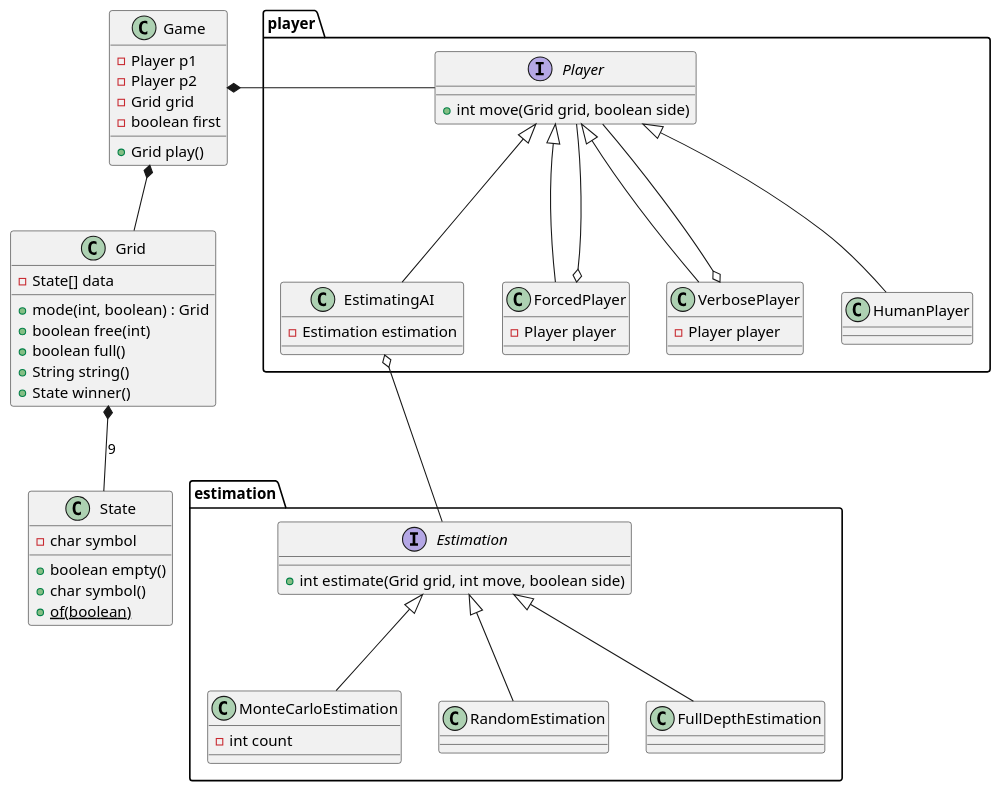
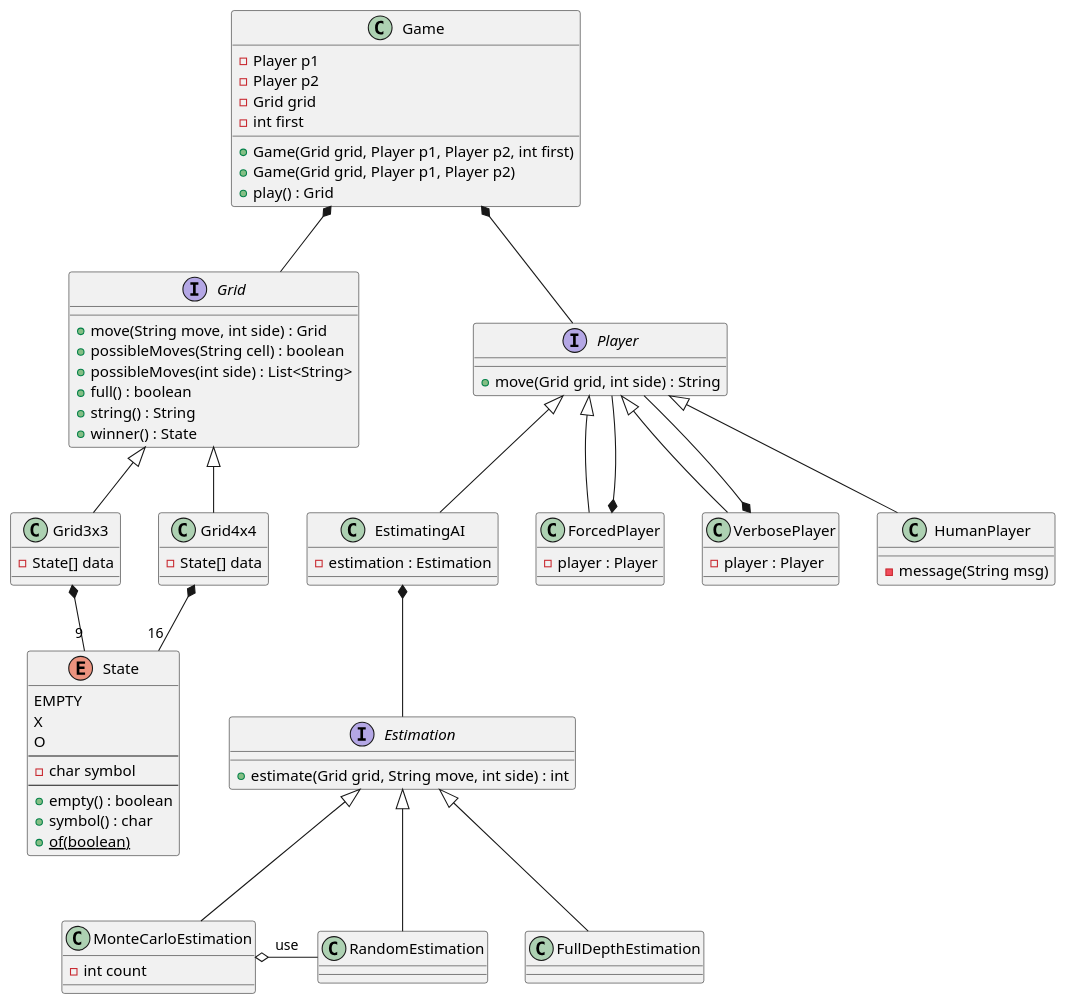
The diagram in classes.plantuml (Zefick/elegant-tictactoe), drawn with PlantUML before and after one commit. The commit also changed 1 other file, not shown here.

Commit message:
class diagram updated.

```diff
--- a/classes.plantuml
+++ b/classes.plantuml
@@ -1,78 +1,99 @@
 @startuml
 
 class Game {
   -Player p1
   -Player p2
   -Grid grid
-  -boolean first
-  +Grid play()
+  -int first
+  +Game(Grid grid, Player p1, Player p2, int first)
+  +Game(Grid grid, Player p1, Player p2)
+  +play() : Grid
 }
 
-class Grid {
-  -State[] data
-  +mode(int, boolean) : Grid
-  +boolean free(int)
-  +boolean full()
-  +String string()
-  +State winner()
+interface Grid {
+  +move(String move, int side) : Grid
+  +possibleMoves(String cell) : boolean
+  +possibleMoves(int side) : List<String>
+  +full() : boolean
+  +string() : String
+  +winner() : State
 }
 
-Grid *-- State : 9
+class Grid3x3 {
+  -State[] data
+}
+
+class Grid4x4 {
+  -State[] data
+}
+
+Grid3x3 *-- "9" State
+Grid4x4 *-- "16" State
 Game *-- Grid
+Grid <|-- Grid3x3
+Grid <|-- Grid4x4
 
-class State {
+
+enum State {
+  EMPTY
+  X
+  O
+  ---
   -char symbol
-  +boolean empty()
-  +char symbol()
+  ---
+  +empty() : boolean
+  +symbol() : char
   +{static} of(boolean)
 }
 
 
-Game *- player.Player
+Game *-- Player
 
-namespace estimation {
-
-    interface Estimation {
-      +int estimate(Grid grid, int move, boolean side)
-    }
-
-    class MonteCarloEstimation {
-      -int count
-    }
-    class RandomEstimation
-    class FullDepthEstimation
-    
-    Estimation <|-- MonteCarloEstimation 
-    Estimation <|-- RandomEstimation
-    Estimation <|-- FullDepthEstimation
+interface Estimation {
+  +estimate(Grid grid, String move, int side) : int
 }
 
-namespace player {
+class MonteCarloEstimation {
+  -int count
+}
+class RandomEstimation
+class FullDepthEstimation
 
-    interface Player {
-      +int move(Grid grid, boolean side)
-    }
+Estimation <|-- MonteCarloEstimation 
+Estimation <|-- RandomEstimation
+Estimation <|-- FullDepthEstimation
 
-    class EstimatingAI {
-      -Estimation estimation
-    }
-    
-    class ForcedPlayer {
-      -Player player
-    }
-    
-    class VerbosePlayer {
-      -Player player
-    }
-    EstimatingAI o-- estimation.Estimation
+MonteCarloEstimation o- RandomEstimation : use
 
-    VerbosePlayer o-- Player
-    ForcedPlayer o-- Player
-    
-    Player <|-- EstimatingAI
-    Player <|-- HumanPlayer
-    Player <|-- ForcedPlayer
-    Player <|-- VerbosePlayer
+interface Player {
+  +move(Grid grid, int side) : String
 }
 
+class EstimatingAI {
+  -estimation : Estimation
+}
+
+class ForcedPlayer {
+  -player : Player
+}
+
+class VerbosePlayer {
+  -player : Player
+}
+
+class HumanPlayer {
+  -message(String msg)
+}
+
+EstimatingAI *-- Estimation
+
+VerbosePlayer *-- Player
+ForcedPlayer *-- Player
+
+Player <|-- HumanPlayer
+Player <|-- ForcedPlayer
+Player <|-- EstimatingAI
+Player <|-- VerbosePlayer
+
+
 @enduml
```
